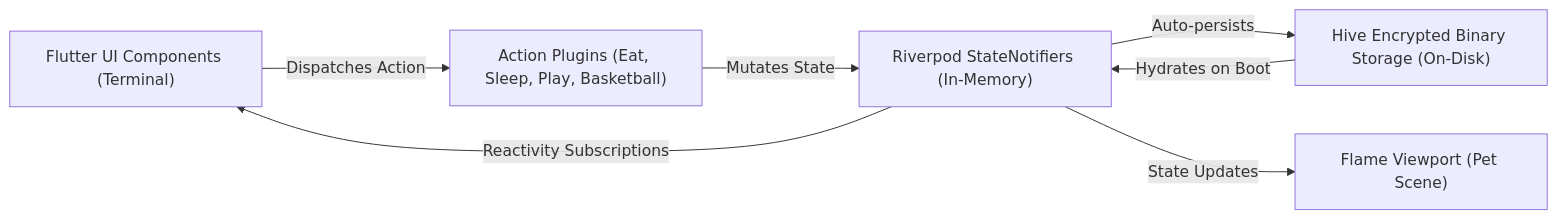
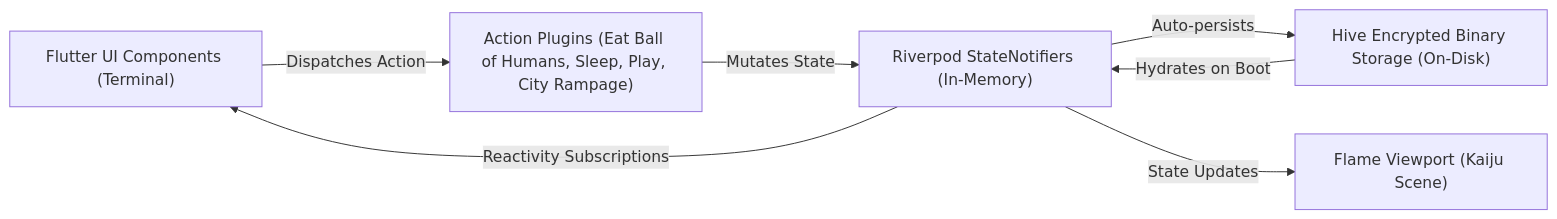
The diagram in Documentation/Architecture/06-offline-first-and-state.md (TheMrCorvy/HATCH.REF), drawn with Mermaid before and after one commit. The commit also changed other lines of this file and 34 other files, not shown here.

````diff
--- a/Documentation/Architecture/06-offline-first-and-state.md
+++ b/Documentation/Architecture/06-offline-first-and-state.md
@@ -11,15 +11,15 @@
 ```mermaid
 flowchart LR
     UI["Flutter UI Components (Terminal)"]
-    Viewport["Flame Viewport (Pet Scene)"]
-    Actions["Action Plugins (Eat, Sleep, Play, Basketball)"]
+    Viewport["Flame Viewport (Kaiju Scene)"]
+    Actions["Action Plugins (Eat Ball of Humans, Sleep, Play, City Rampage)"]
     Store["Riverpod StateNotifiers (In-Memory)"]
     Storage["Hive Encrypted Binary Storage (On-Disk)"]
 
     UI -->|Dispatches Action| Actions
     Actions -->|Mutates State| Store
     Store -->|Auto-persists| Storage
     Storage -->|Hydrates on Boot| Store
     Store -->|Reactivity Subscriptions| UI
     Store -->|State Updates| Viewport
 ```
````
